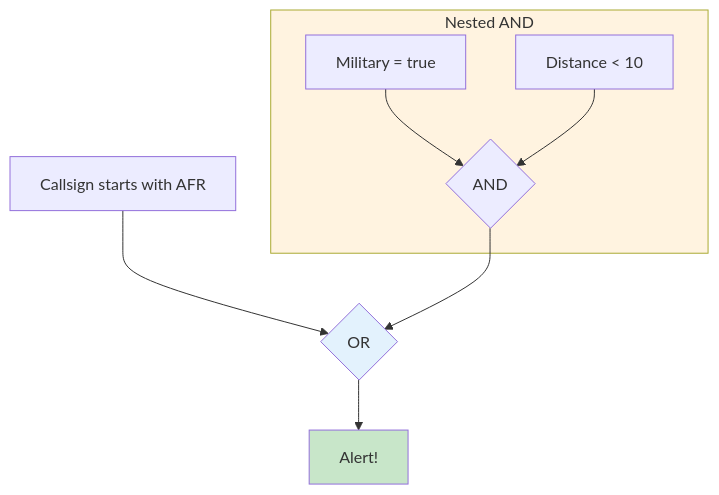
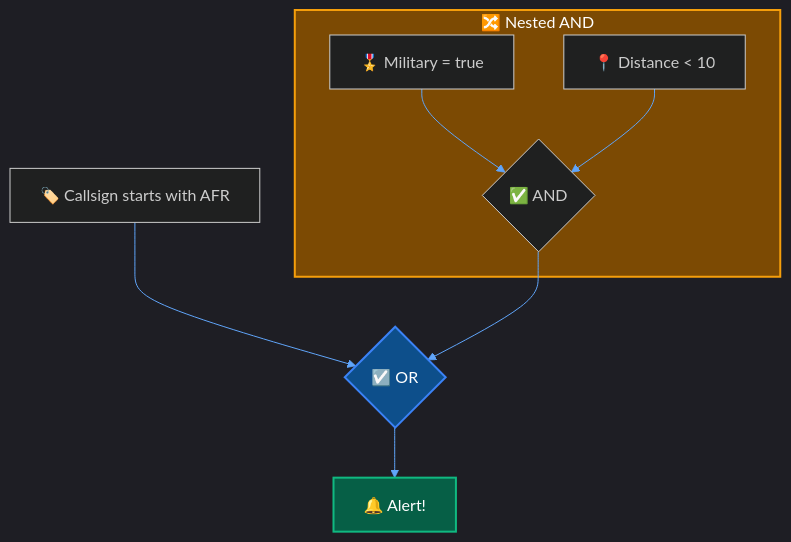
The sixth of 7 diagrams in docs/Getting Started/safety-and-alerts.md (CHA0S-CORP/SkySpyDocs), drawn with Mermaid before and after one commit. The commit also changed other lines of this file and 11 other files, not shown here.

````diff
--- a/docs/Getting Started/safety-and-alerts.md
+++ b/docs/Getting Started/safety-and-alerts.md
@@ -315,16 +320,17 @@
     ```mermaid
+    %%{init: {'theme': 'dark', 'themeVariables': { 'primaryColor': '#1e3a5f', 'primaryTextColor': '#fff', 'primaryBorderColor': '#3b82f6', 'lineColor': '#60a5fa'}}}%%
     flowchart TB
-        CALL[Callsign starts with AFR] --> OR{OR}
+        CALL["🏷️ Callsign starts with AFR"] --> OR{"☑️ OR"}
 
-        subgraph Nested["Nested AND"]
-            MIL[Military = true] --> AND{AND}
-            DIST[Distance < 10] --> AND
+        subgraph Nested["🔀 Nested AND"]
+            MIL["🎖️ Military = true"] --> AND{"✅ AND"}
+            DIST["📍 Distance < 10"] --> AND
         end
 
         AND --> OR
-        OR --> ALERT[Alert!]
+        OR --> ALERT["🔔 Alert!"]
 
-        style OR fill:#e3f2fd
-        style Nested fill:#fff3e0
-        style ALERT fill:#c8e6c9
+        style OR fill:#0d4f8b,stroke:#3b82f6,stroke-width:2px,color:#fff
+        style Nested fill:#7c4a03,stroke:#f59e0b,stroke-width:2px,color:#fff
+        style ALERT fill:#065f46,stroke:#10b981,stroke-width:2px,color:#fff
     ```
````
